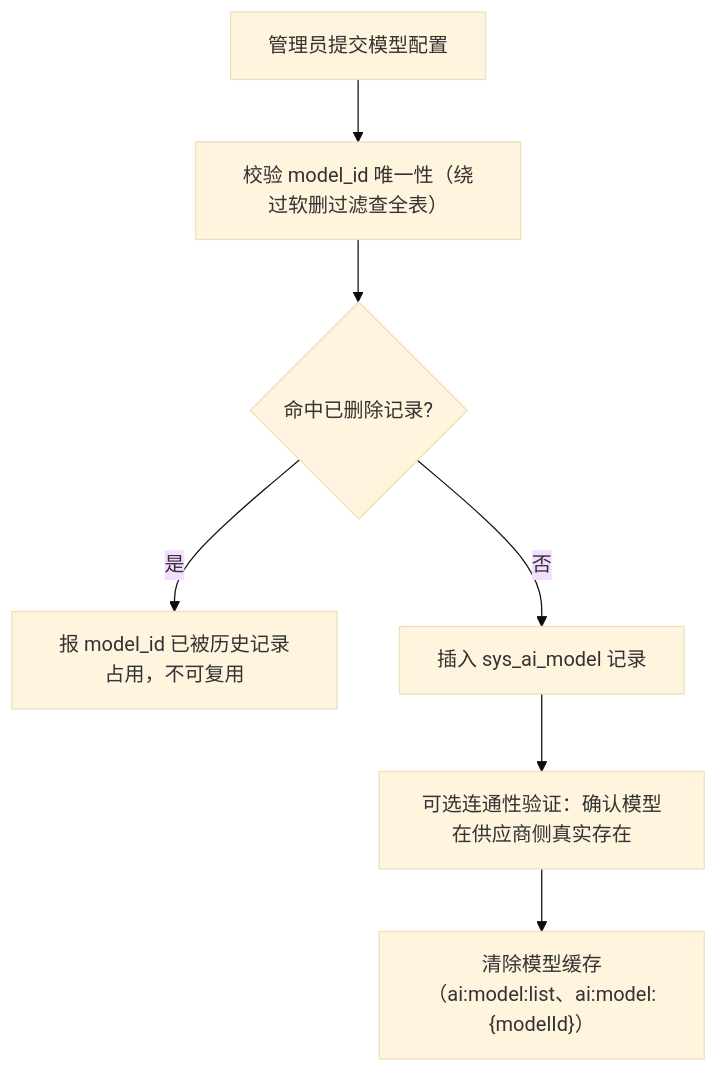
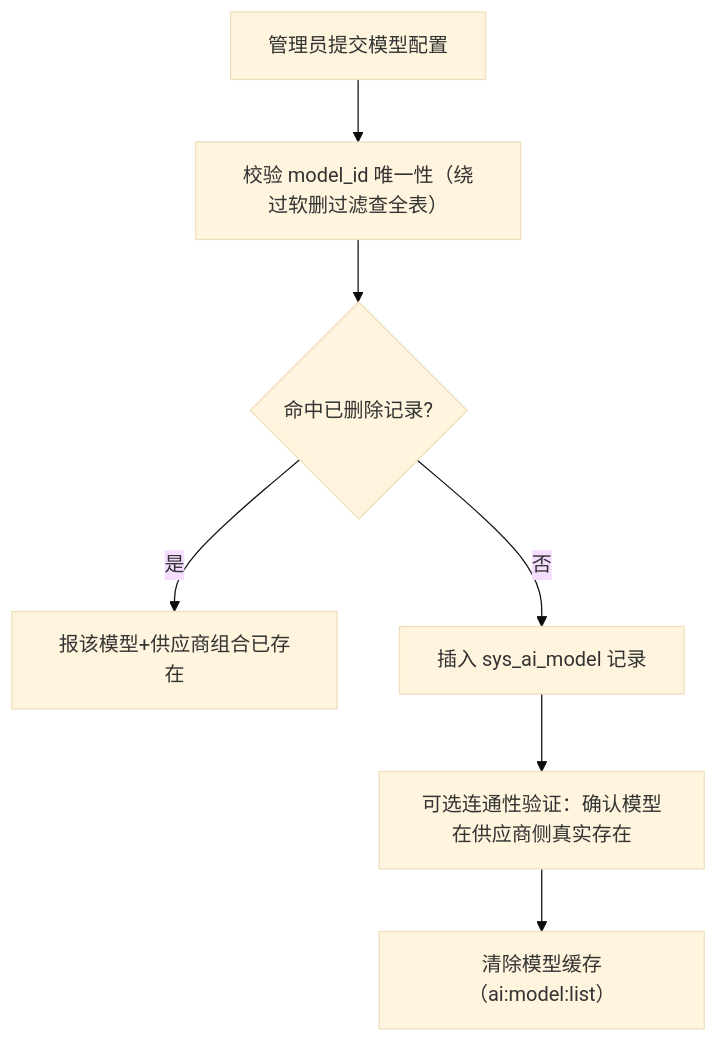
The third of 4 diagrams in dehaze-doc/docs/03-模块设计/基础模块/AI模型管理/后端实现.md (earthy-zinc/dehaze-system), drawn with Mermaid (base theme) before and after one commit. The commit also changed other lines of this file and 2348 other files, not shown here.

````diff
--- a/dehaze-doc/docs/03-模块设计/基础模块/AI模型管理/后端实现.md
+++ b/dehaze-doc/docs/03-模块设计/基础模块/AI模型管理/后端实现.md
@@ -230,9 +237,9 @@
 ```mermaid
 flowchart TD
     A["管理员提交模型配置"] --> B["校验 model_id 唯一性（绕过软删过滤查全表）"]
     B --> C{"命中已删除记录?"}
-    C -->|是| D["报 model_id 已被历史记录占用，不可复用"]
+    C -->|是| D["报该模型+供应商组合已存在"]
     C -->|否| E["插入 sys_ai_model 记录"]
     E --> F["可选连通性验证：确认模型在供应商侧真实存在"]
-    F --> G["清除模型缓存（ai:model:list、ai:model:{modelId}）"]
+    F --> G["清除模型缓存（ai:model:list）"]
 ```
````
